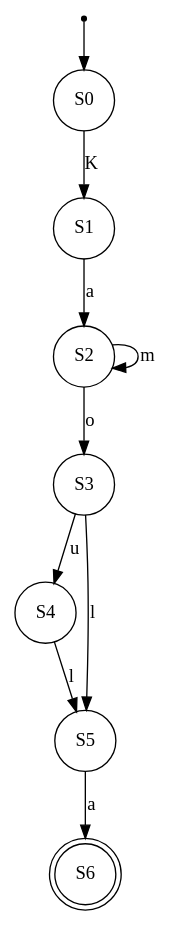
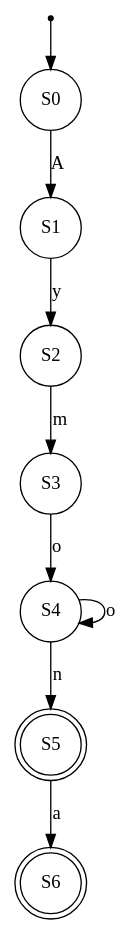
One commit to AbdelrahmanHamdyy/Regex-MinDFA-Converter changed the diagram in output/min_dfa.gv. Above: the diagram before and after it, drawn with Graphviz. The commit also changed 8 other files, not shown here.

```diff
--- a/output/min_dfa.gv
+++ b/output/min_dfa.gv
@@ -1,20 +1,19 @@
 // DFA Visualization
 digraph {
 	"" [label="" shape=point]
 	S0 [label=S0 shape=circle]
 	"" -> S0
 	S1 [label=S1 shape=circle]
 	S2 [label=S2 shape=circle]
 	S3 [label=S3 shape=circle]
 	S4 [label=S4 shape=circle]
-	S5 [label=S5 shape=circle]
+	S5 [label=S5 shape=doublecircle]
 	S6 [label=S6 shape=doublecircle]
-	S0 -> S1 [label=K]
-	S1 -> S2 [label=a]
-	S2 -> S2 [label=m]
-	S2 -> S3 [label=o]
-	S3 -> S4 [label=u]
-	S3 -> S5 [label=l]
-	S4 -> S5 [label=l]
+	S0 -> S1 [label=A]
+	S1 -> S2 [label=y]
+	S2 -> S3 [label=m]
+	S3 -> S4 [label=o]
+	S4 -> S4 [label=o]
+	S4 -> S5 [label=n]
 	S5 -> S6 [label=a]
 }
```
